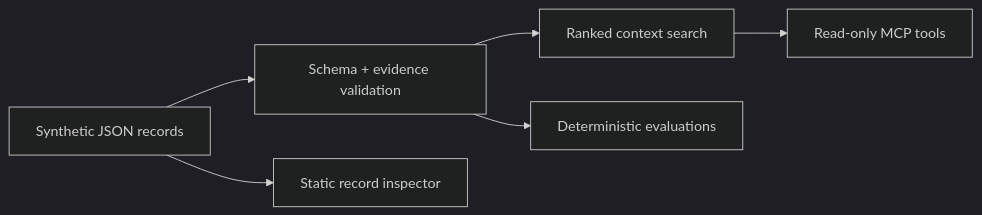
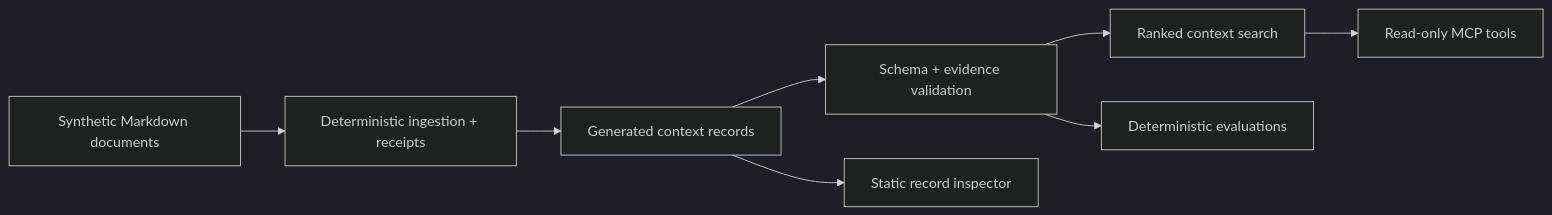
The diagram in README.md (Kaagemusha/context-layer-lab), drawn with Mermaid (dark theme) before and after one commit. The commit also changed other lines of this file and 19 other files, not shown here.

Commit message:
Add deterministic Markdown ingestion receipts

````diff
--- a/README.md
+++ b/README.md
@@ -91,8 +98,10 @@
 ```mermaid
 flowchart LR
-    D["Synthetic JSON records"] --> V["Schema + evidence validation"]
+    MD["Synthetic Markdown documents"] --> I["Deterministic ingestion + receipts"]
+    I --> D["Generated context records"]
+    D --> V["Schema + evidence validation"]
     V --> S["Ranked context search"]
     V --> E["Deterministic evaluations"]
-    S --> M["Read-only MCP tools"]
+    S --> MCP["Read-only MCP tools"]
     D --> W["Static record inspector"]
 ```
````
